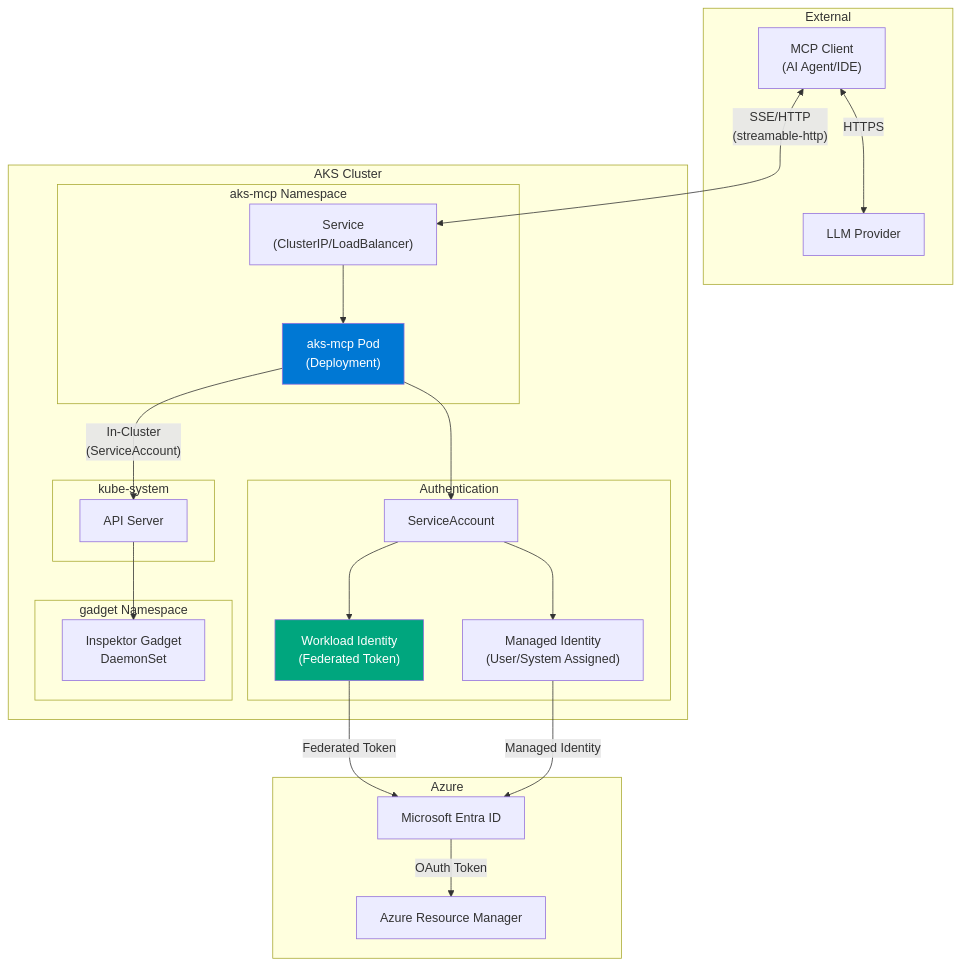
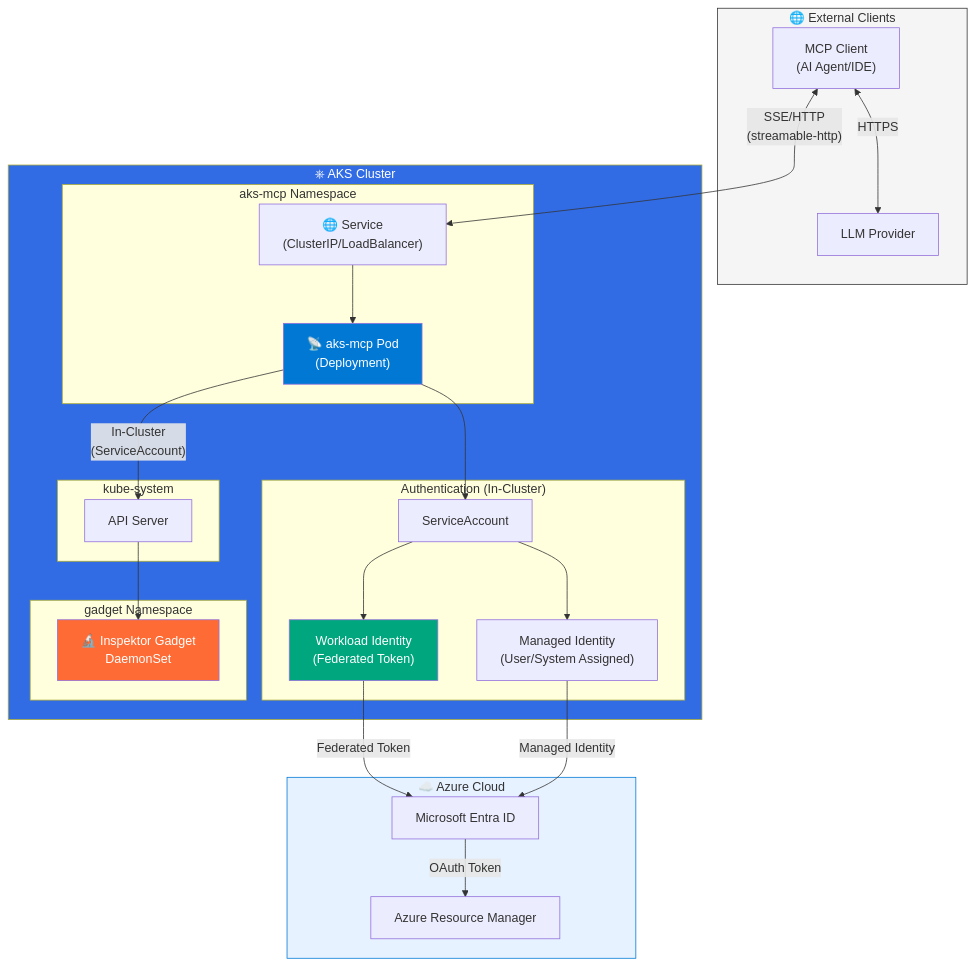
One commit to srinman/platform-engineering changed the ninth of 12 diagrams in platform-agentic-ai-enhanced.md. Above: the diagram before and after it, drawn with Mermaid. The commit also changed other lines of this file, not shown here.

````diff
--- a/platform-agentic-ai-enhanced.md
+++ b/platform-agentic-ai-enhanced.md
@@ -466,48 +566,52 @@
 ```mermaid
 flowchart TB
-    subgraph "External"
+    subgraph CLIENTS["🌐 External Clients"]
         CLIENT["MCP Client<br/>(AI Agent/IDE)"]
         LLM["LLM Provider"]
     end
     
-    subgraph "AKS Cluster"
+    subgraph CLUSTER["⎈ AKS Cluster"]
         subgraph "aks-mcp Namespace"
-            MCP_POD["aks-mcp Pod<br/>(Deployment)"]
-            MCP_SVC["Service<br/>(ClusterIP/LoadBalancer)"]
+            MCP_POD["📡 aks-mcp Pod<br/>(Deployment)"]
+            MCP_SVC["🌐 Service<br/>(ClusterIP/LoadBalancer)"]
         end
         
-        subgraph "Authentication"
+        subgraph "Authentication (In-Cluster)"
             WI["Workload Identity<br/>(Federated Token)"]
             MI["Managed Identity<br/>(User/System Assigned)"]
             SA["ServiceAccount"]
         end
         
         subgraph "kube-system"
             API["API Server"]
         end
         
         subgraph "gadget Namespace"
-            IG_DS["Inspektor Gadget<br/>DaemonSet"]
+            IG_DS["🔬 Inspektor Gadget<br/>DaemonSet"]
         end
     end
     
-    subgraph "Azure"
+    subgraph AZURE["☁️ Azure Cloud"]
         ARM["Azure Resource Manager"]
         AAD["Microsoft Entra ID"]
     end
     
     CLIENT <-->|"SSE/HTTP<br/>(streamable-http)"| MCP_SVC
     CLIENT <-->|"HTTPS"| LLM
     MCP_SVC --> MCP_POD
     MCP_POD --> SA
     SA --> WI
     SA --> MI
     WI -->|"Federated Token"| AAD
     MI -->|"Managed Identity"| AAD
     AAD -->|"OAuth Token"| ARM
     MCP_POD -->|"In-Cluster<br/>(ServiceAccount)"| API
     API --> IG_DS
     
+    style CLIENTS fill:#f5f5f5,stroke:#333
+    style CLUSTER fill:#326CE5,color:white
+    style AZURE fill:#e6f2ff,stroke:#0078D4
     style MCP_POD fill:#0078D4,color:white
     style WI fill:#00A67E,color:white
+    style IG_DS fill:#FF6B35,color:white
 ```
````
